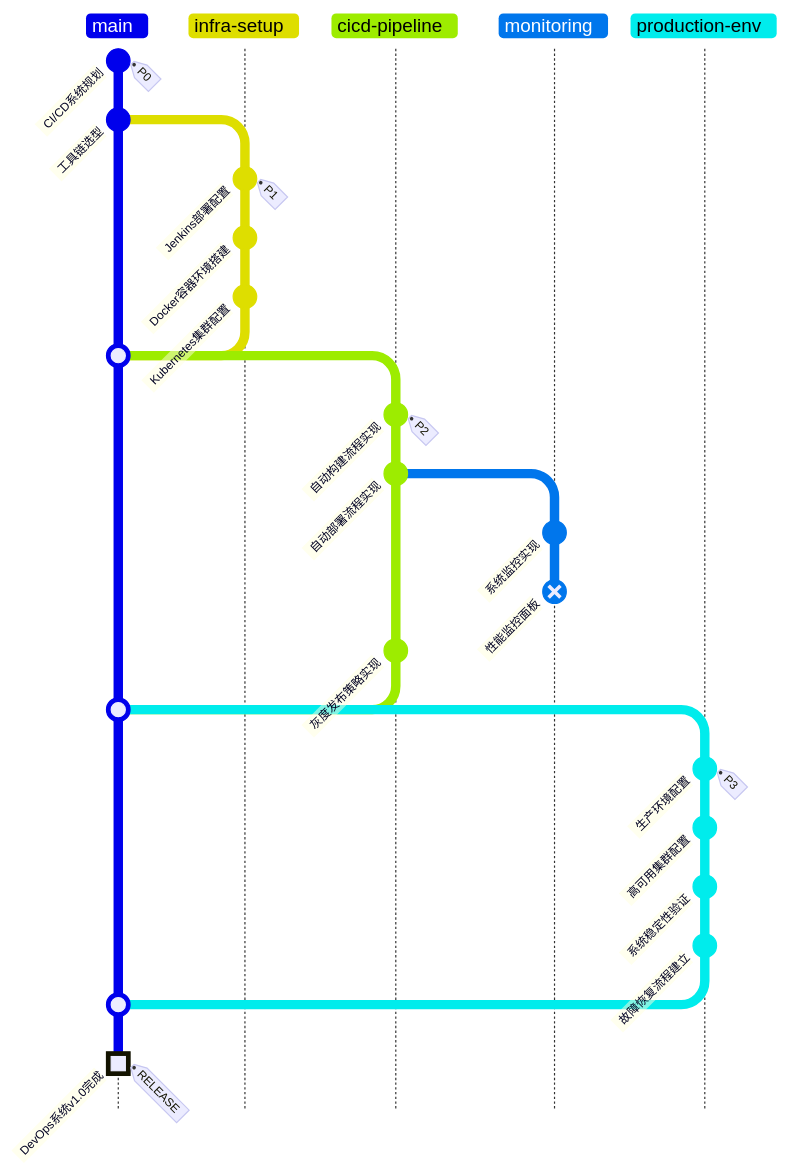
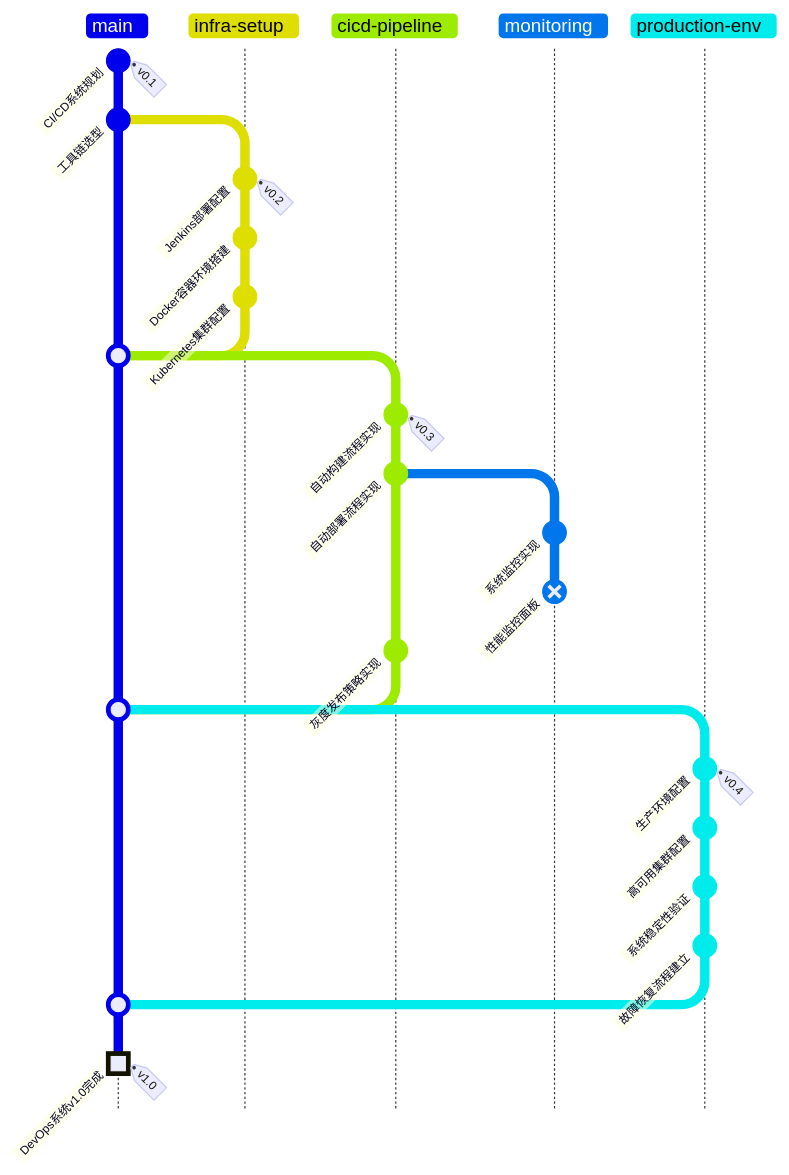
The diagram in example_project/devops-pipeline.md (linyuxuanlin/FlowMinder), drawn with Mermaid before and after one commit. The commit also changed other lines of this file and 3 other files, not shown here.

````diff
--- a/example_project/devops-pipeline.md
+++ b/example_project/devops-pipeline.md
@@ -3,33 +3,33 @@
 ```mermaid
 gitGraph TB:
-    commit id: "CI/CD系统规划" tag: "P0"
+    commit id: "CI/CD系统规划" tag: "v0.1"
     commit id: "工具链选型"
     branch infra-setup
     checkout infra-setup
-    commit id: "Jenkins部署配置" tag: "P1"
+    commit id: "Jenkins部署配置" tag: "v0.2"
     commit id: "Docker容器环境搭建"
     commit id: "Kubernetes集群配置"
     checkout main
     merge infra-setup
     branch cicd-pipeline
     checkout cicd-pipeline
-    commit id: "自动构建流程实现" tag: "P2"
+    commit id: "自动构建流程实现" tag: "v0.3"
     commit id: "自动部署流程实现"
     branch monitoring
     checkout monitoring
     commit id: "系统监控实现"
     commit id: "性能监控面板" type: REVERSE
     checkout cicd-pipeline
     commit id: "灰度发布策略实现"
     checkout main
     merge cicd-pipeline
     branch production-env
     checkout production-env
-    commit id: "生产环境配置" tag: "P3"
+    commit id: "生产环境配置" tag: "v0.4"
     commit id: "高可用集群配置"
     commit id: "系统稳定性验证"
     commit id: "故障恢复流程建立"
     checkout main
     merge production-env
-    commit id: "DevOps系统v1.0完成" type: HIGHLIGHT tag: "RELEASE"
+    commit id: "DevOps系统v1.0完成" type: HIGHLIGHT tag: "v1.0"
 ```
````
